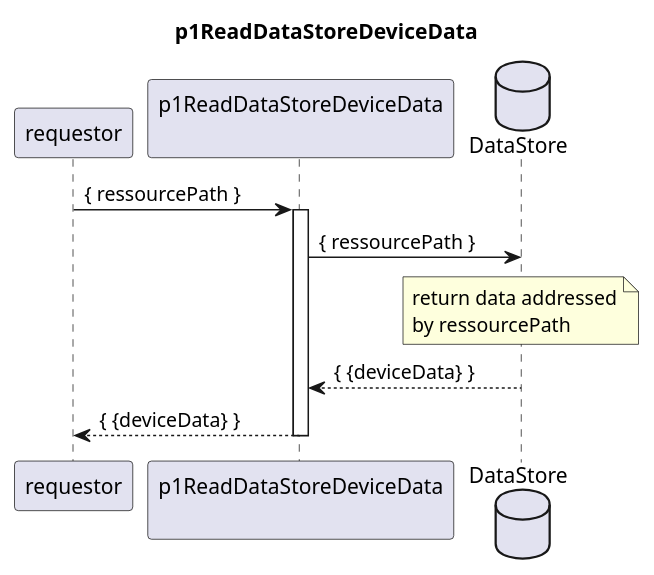
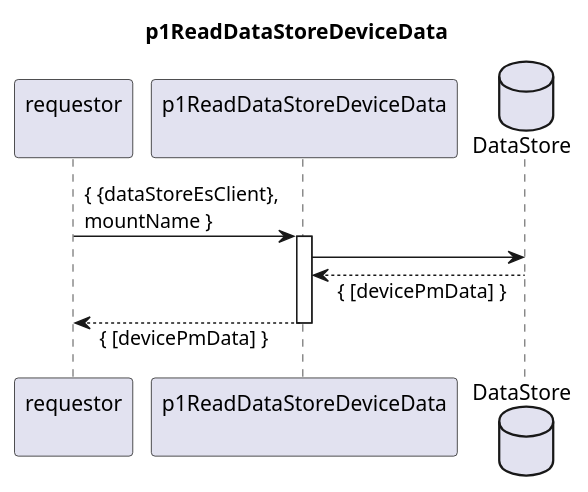
Before and after one commit to openBackhaul/DevicePerformanceManagementDataProcessor: the diagram in spec/Services/provideDeviceDataStoreDump/p1ReadDataStoreDeviceData/1.0.0/p1ReadDataStoreDeviceData.plantuml, drawn with PlantUML. The commit also changed 33 other files, not shown here.

Commit message:
Review and finalize /provideDeviceDataStoreDump

```diff
--- a/spec/Services/provideDeviceDataStoreDump/p1ReadDataStoreDeviceData/1.0.0/p1ReadDataStoreDeviceData.plantuml
+++ b/spec/Services/provideDeviceDataStoreDump/p1ReadDataStoreDeviceData/1.0.0/p1ReadDataStoreDeviceData.plantuml
@@ -1,28 +1,21 @@
 @startuml p1ReadDataStoreDeviceData
-skinparam responseMessageBelowArrequestorw true
+skinparam responseMessageBelowArrow true
 
 title
   p1ReadDataStoreDeviceData
 end title
 
-participant "requestor" as requestor
+participant "requestor\n" as requestor
 participant "p1ReadDataStoreDeviceData\n" as cur
 database "DataStore" as ds
 
-
-requestor -> cur: { ressourcePath }
+requestor -> cur: { {dataStoreEsClient},\nmountName }
 activate cur
 
-    cur -> ds: { ressourcePath }
-      note over ds
-        return data addressed
-        by ressourcePath
-      end note
+  cur -> ds
+  cur <-- ds: { [devicePmData] }
 
-    cur <-- ds: { {deviceData} }
-
-
-  requestor <-- cur: { {deviceData} }
+requestor <-- cur: { [devicePmData] }
 deactivate cur
 
 @enduml
```
